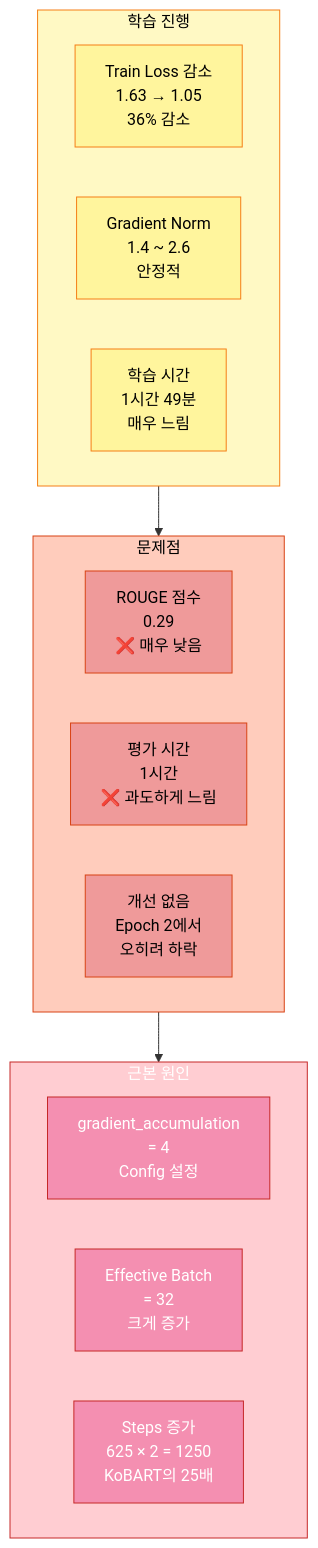
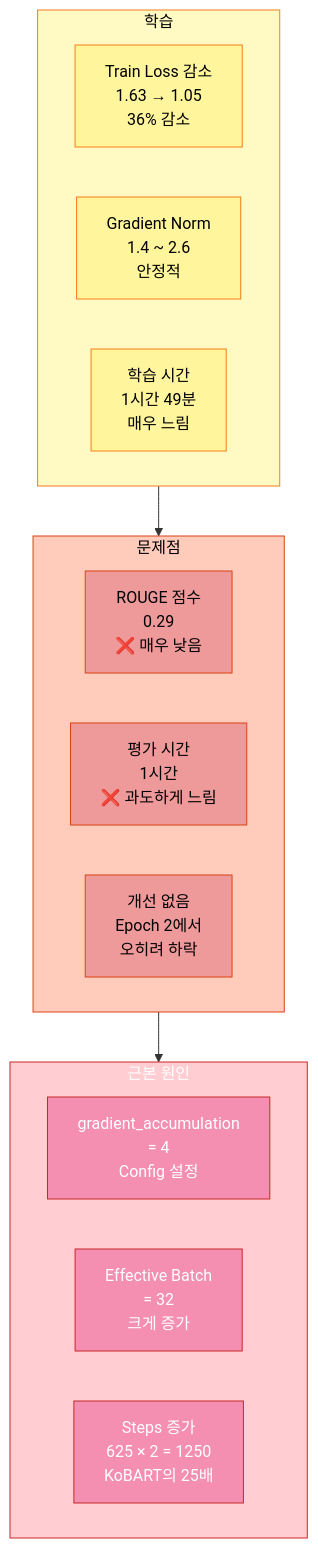
The sixth of 12 diagrams in docs/experiments/20251013_161056_test_strategy3_triple_실험분석.md (AIBootcamp14/naturallanguageprocessingcompetition-nlp-1), drawn with Mermaid before and after one commit. The commit also changed other lines of this file, not shown here.

````diff
--- a/docs/experiments/20251013_161056_test_strategy3_triple_실험분석.md
+++ b/docs/experiments/20251013_161056_test_strategy3_triple_실험분석.md
@@ -622,36 +622,36 @@
 ```mermaid
 graph TB
-    subgraph Training["학습 진행"]
+    subgraph Training["학습"]
         A1[Train Loss 감소<br/>1.63 → 1.05<br/>36% 감소]
         A2[Gradient Norm<br/>1.4 ~ 2.6<br/>안정적]
         A3[학습 시간<br/>1시간 49분<br/>매우 느림]
     end
 
     subgraph Problems["문제점"]
         B1[ROUGE 점수<br/>0.29<br/>❌ 매우 낮음]
         B2[평가 시간<br/>1시간<br/>❌ 과도하게 느림]
         B3[개선 없음<br/>Epoch 2에서<br/>오히려 하락]
     end
 
     subgraph RootCause["근본 원인"]
         C1[gradient_accumulation<br/>= 4<br/>Config 설정]
         C2[Effective Batch<br/>= 32<br/>크게 증가]
         C3[Steps 증가<br/>625 × 2 = 1250<br/>KoBART의 25배]
     end
 
     Training --> Problems --> RootCause
 
     style Training fill:#fff9c4,stroke:#f57f17,color:#000
     style Problems fill:#ffccbc,stroke:#d84315,color:#000
     style RootCause fill:#ffcdd2,stroke:#c62828,color:#fff
 
     style A1 fill:#fff59d,stroke:#f57f17,color:#000
     style A2 fill:#fff59d,stroke:#f57f17,color:#000
     style A3 fill:#fff59d,stroke:#f57f17,color:#000
     style B1 fill:#ef9a9a,stroke:#d84315,color:#000
     style B2 fill:#ef9a9a,stroke:#d84315,color:#000
     style B3 fill:#ef9a9a,stroke:#d84315,color:#000
     style C1 fill:#f48fb1,stroke:#c62828,color:#fff
     style C2 fill:#f48fb1,stroke:#c62828,color:#fff
     style C3 fill:#f48fb1,stroke:#c62828,color:#fff
 ```
````
